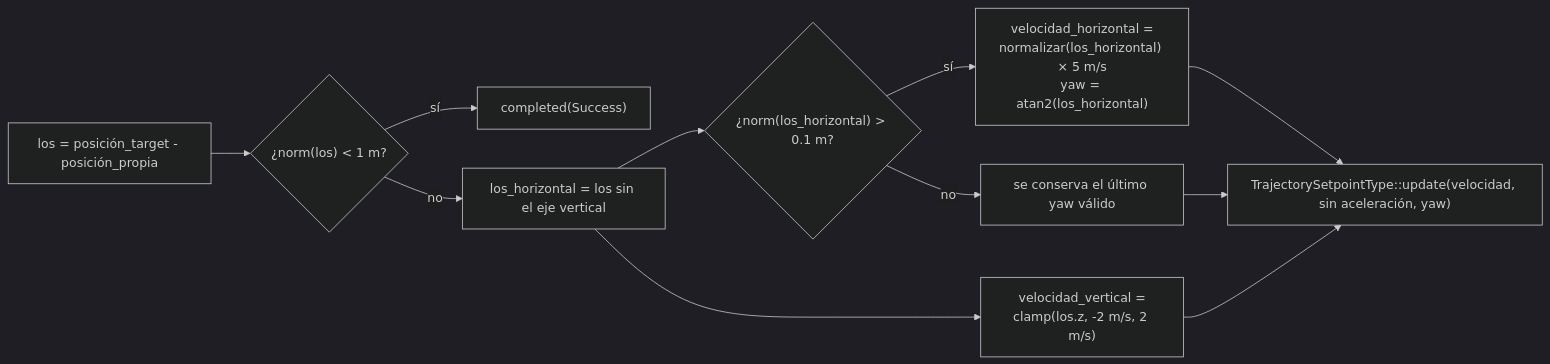
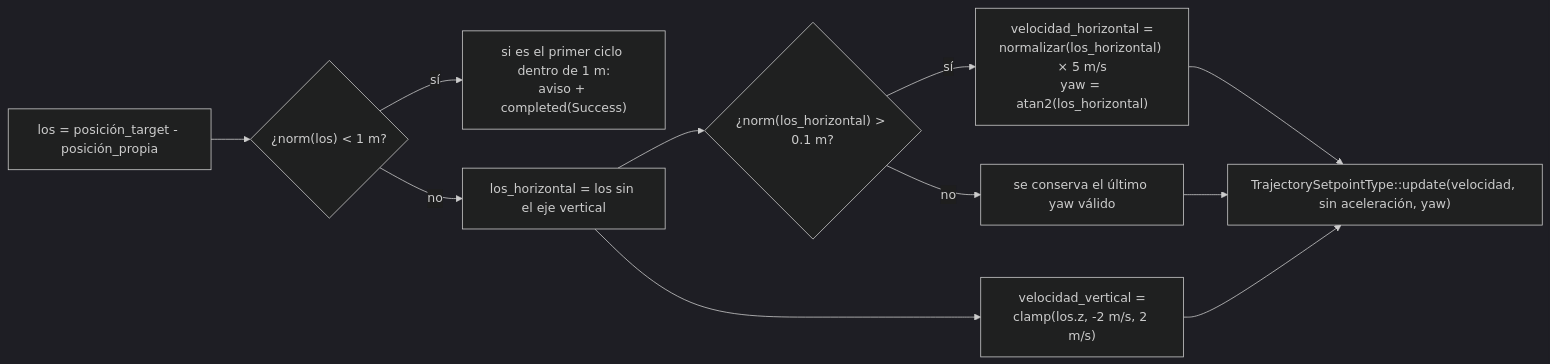
Before and after one commit to PACO-Interceptor/ws_interceptor: the first of 2 diagrams in docs/wiki/Guidance-modes.md, drawn with Mermaid. The commit also changed other lines of this file and 11 other files, not shown here.

````diff
--- a/docs/wiki/Guidance-modes.md
+++ b/docs/wiki/Guidance-modes.md
@@ -88,14 +95,14 @@
 ```mermaid
 %%{init: {"theme": "dark", "themeVariables": {"lineColor": "#cccccc", "edgeLabelBackground": "#1e1e1e"}}}%%
 flowchart LR
     A["los = posición_target - posición_propia"] --> B{"¿norm(los) < 1 m?"}
-    B -->|sí| C["completed(Success)"]
+    B -->|sí| C["si es el primer ciclo dentro de 1 m:<br/>aviso + completed(Success)"]
     B -->|no| D["los_horizontal = los sin el eje vertical"]
     D --> E{"¿norm(los_horizontal) > 0.1 m?"}
     E -->|sí| F["velocidad_horizontal =<br/>normalizar(los_horizontal) × 5 m/s<br/>yaw = atan2(los_horizontal)"]
     E -->|no| G["se conserva el último yaw válido"]
     D --> H["velocidad_vertical =<br/>clamp(los.z, -2 m/s, 2 m/s)"]
     F --> I["TrajectorySetpointType::update(velocidad, sin aceleración, yaw)"]
     H --> I
     G --> I
 ```
````
